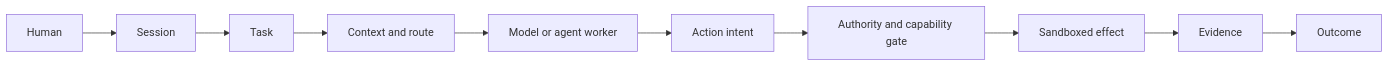
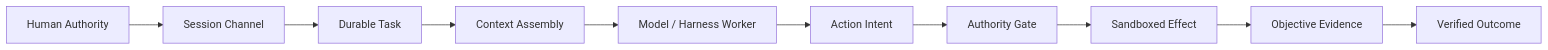
Before and after one commit to civi0411/Custos: the diagram in README.md, drawn with Mermaid. The commit also changed other lines of this file and 118 other files, not shown here.

````diff
--- a/README.md
+++ b/README.md
@@ -34,12 +47,12 @@
 ```mermaid
 flowchart LR
-    Human --> Session
-    Session --> Task
-    Task --> Context[Context and route]
-    Context --> Worker[Model or agent worker]
-    Worker --> Intent[Action intent]
-    Intent --> Gate[Authority and capability gate]
-    Gate --> Effect[Sandboxed effect]
-    Effect --> Evidence
-    Evidence --> Outcome
+    Human[Human Authority] --> Session[Session Channel]
+    Session --> Task[Durable Task]
+    Task --> Context[Context Assembly]
+    Context --> Worker[Model / Harness Worker]
+    Worker --> Intent[Action Intent]
+    Intent --> Gate[Authority Gate]
+    Gate --> Effect[Sandboxed Effect]
+    Effect --> Evidence[Objective Evidence]
+    Evidence --> Outcome[Verified Outcome]
 ```
````
